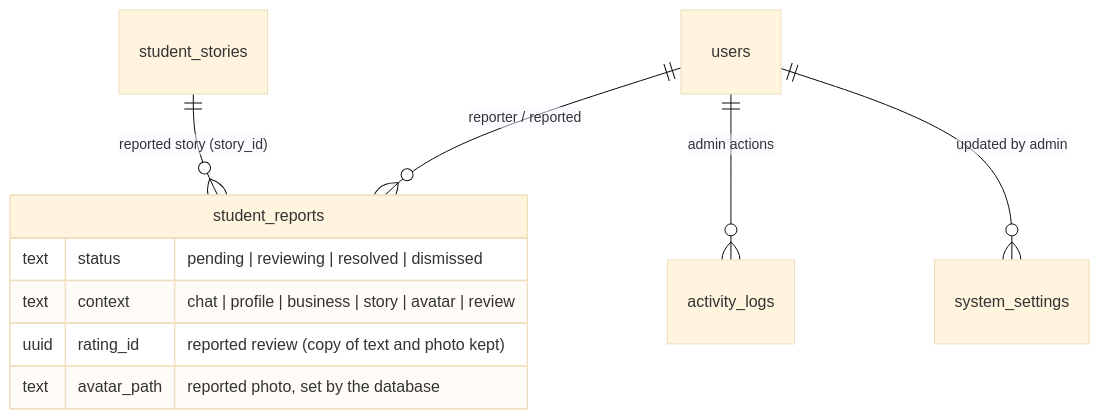
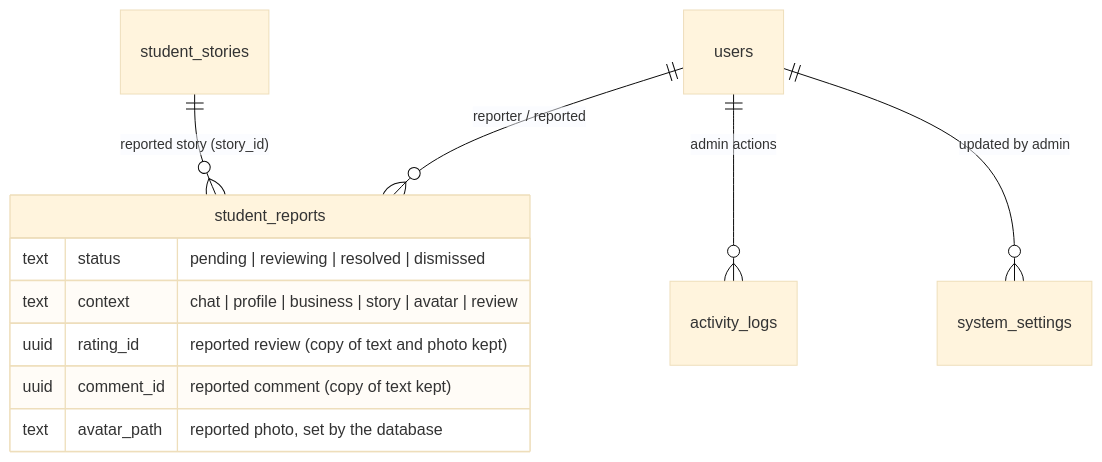
One commit to tangaza360-max/unipicks changed the fifth of 5 diagrams in docs/architecture/05-data.md. Above: the diagram before and after it, drawn with Mermaid (base theme). The commit also changed 9 other files, not shown here.

````diff
--- a/docs/architecture/05-data.md
+++ b/docs/architecture/05-data.md
@@ -110,13 +110,14 @@
 ```mermaid
 erDiagram
   users ||--o{ student_reports : "reporter / reported"
   student_stories ||--o{ student_reports : "reported story (story_id)"
   users ||--o{ activity_logs : "admin actions"
   users ||--o{ system_settings : "updated by admin"
   student_reports {
     text status "pending | reviewing | resolved | dismissed"
     text context "chat | profile | business | story | avatar | review"
     uuid rating_id "reported review (copy of text and photo kept)"
+    uuid comment_id "reported comment (copy of text kept)"
     text avatar_path "reported photo, set by the database"
   }
 ```
````
